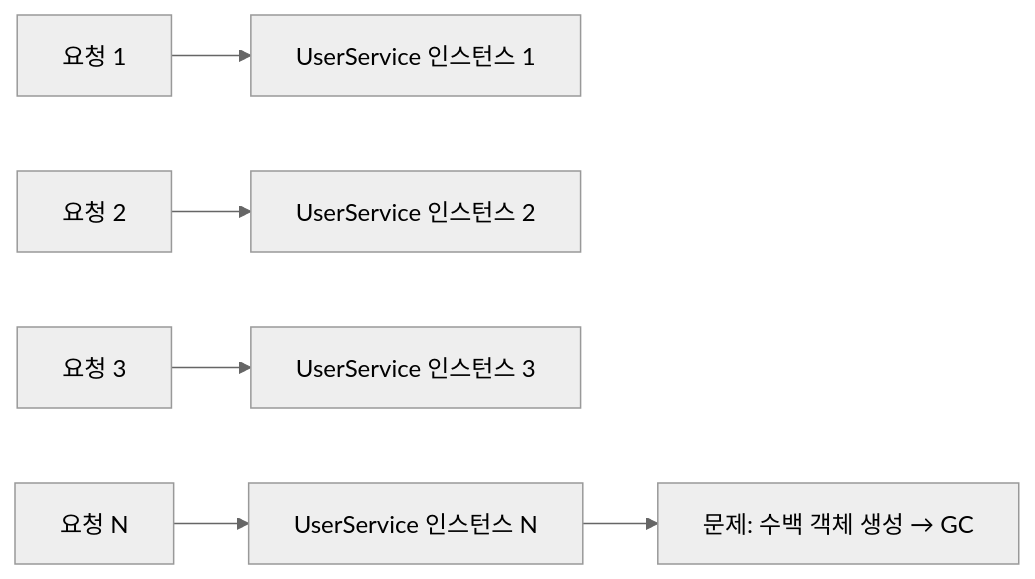
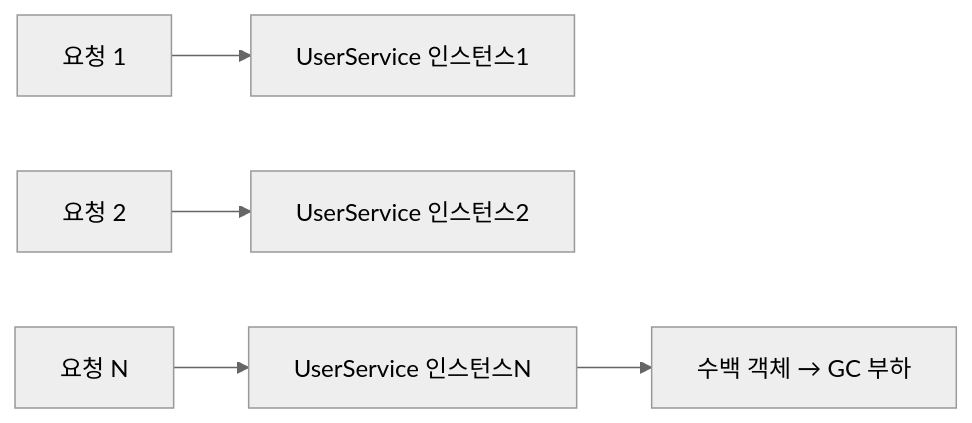
Before and after one commit to yjkim2015/yjkim2015.github.io: the first of 6 diagrams in _posts/spring/2022-06-16-싱글톤 레지스트리와 오브젝트 스코프.md, drawn with Mermaid (neutral theme). The commit also changed other lines of this file and 163 other files, not shown here.

First line of the commit message:
Mermaid 300개 블록 내용 축소: 5노드 5엣지 이하, 의미 있는 약어

````diff
--- a/_posts/spring/2022-06-16-싱글톤 레지스트리와 오브젝트 스코프.md
+++ b/_posts/spring/2022-06-16-싱글톤 레지스트리와 오브젝트 스코프.md
@@ -21,8 +21,7 @@
 ```mermaid
 graph LR
-    REQ1["요청 1"] --> OBJ1["UserService 인스턴스 1"]
-    REQ2["요청 2"] --> OBJ2["UserService 인스턴스 2"]
-    REQ3["요청 3"] --> OBJ3["UserService 인스턴스 3"]
-    REQ_N["요청 N"] --> OBJ_N["UserService 인스턴스 N"]
-    OBJ_N --> PROBLEM["문제: 수백 객체 생성 → GC"]
+    REQ1["요청 1"] --> OBJ1["UserService 인스턴스1"]
+    REQ2["요청 2"] --> OBJ2["UserService 인스턴스2"]
+    REQ3["요청 N"] --> OBJ3["UserService 인스턴스N"]
+    OBJ3 --> PROBLEM["수백 객체 → GC 부하"]
 ```
````
